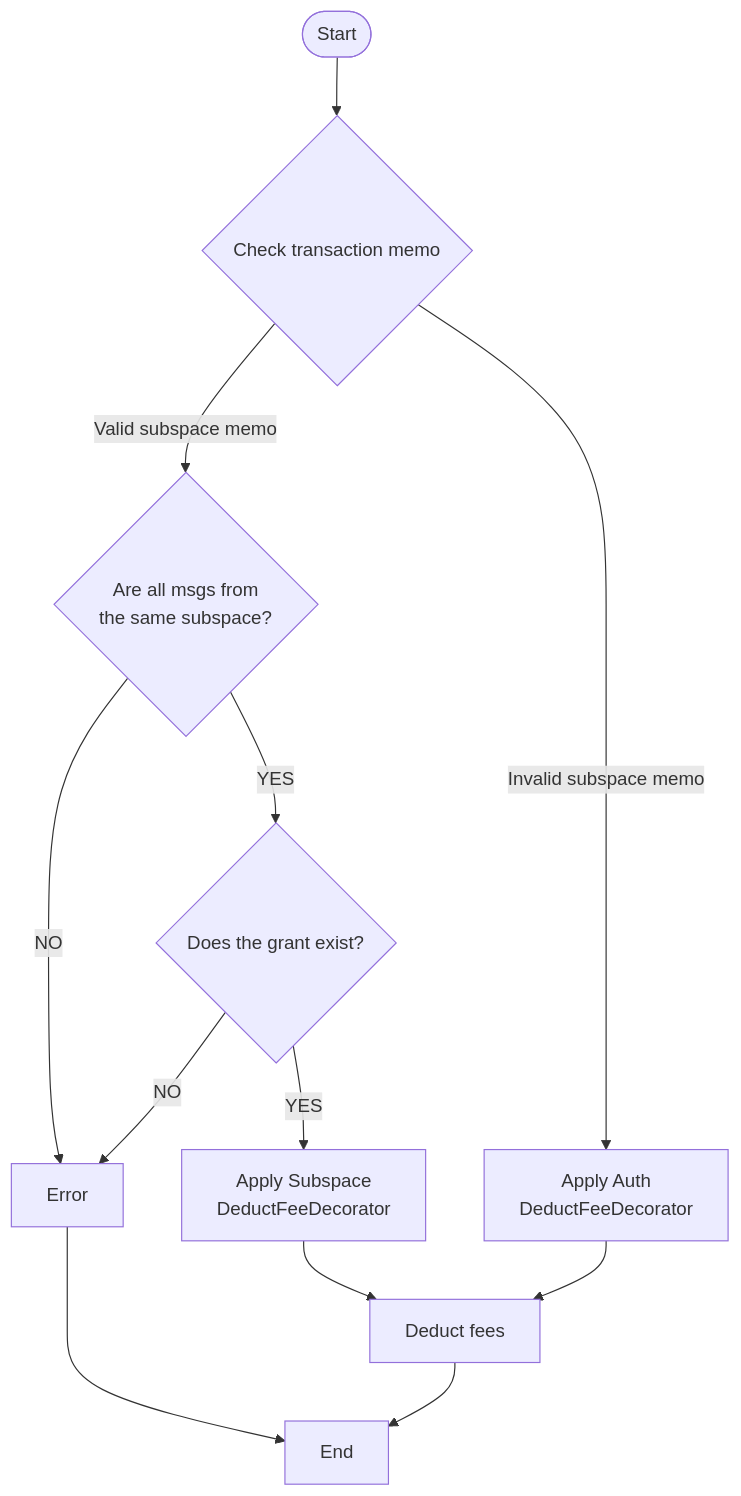
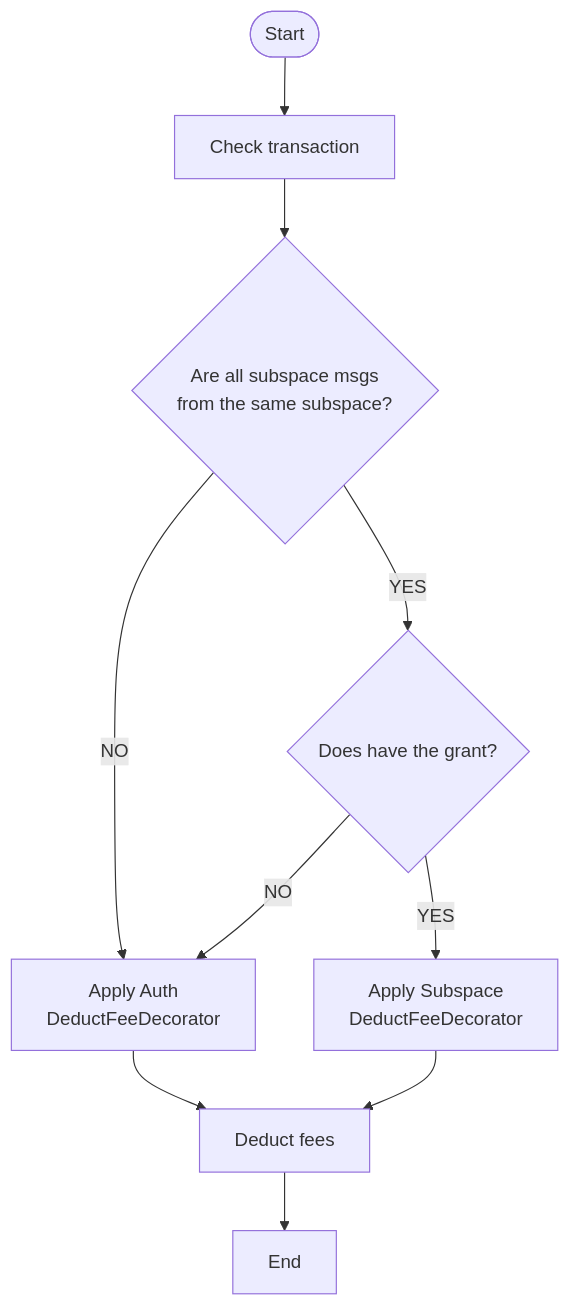
The third of 3 diagrams in docs/architecture/adr-017-subspace-fee-grant.md (desmos-labs/desmos), drawn with Mermaid before and after one commit. The commit also changed other lines of this file, not shown here.

Commit message:
docs: revert DeductFeeDecorator part

````diff
--- a/docs/architecture/adr-017-subspace-fee-grant.md
+++ b/docs/architecture/adr-017-subspace-fee-grant.md
@@ -84,14 +83,12 @@
 ```mermaid
 graph TD
-  id1([Start]) --> id2{Check transaction memo}
-  id2 -- Valid subspace memo --> id3{Are all msgs from<br/ > the same subspace?}
-  id3 -- YES --> id4{Does the grant exist?}
-  id3 -- NO --> id5[Error]
+  id1([Start]) --> id2[Check transaction]
+  id2 --> id3{Are all subspace msgs<br/ >from the same subspace?}
+  id3 -- YES --> id4{Does have the grant?}
+  id3 -- NO --> id5[Apply Auth<br />DeductFeeDecorator]
   id4 -- YES --> id6[Apply Subspace<br />DeductFeeDecorator]
   id4 -- NO --> id5
-  id6 --> id9[Deduct fees]
-  id2 -- Invalid subspace memo --> id7[Apply Auth<br />DeductFeeDecorator]
-  id7 --> id9
-  id5 --> id8[End]
-  id9 --> id8
+  id5 --> id7[Deduct fees]
+  id6 --> id7
+  id7 --> id8[End]
 ```
````
